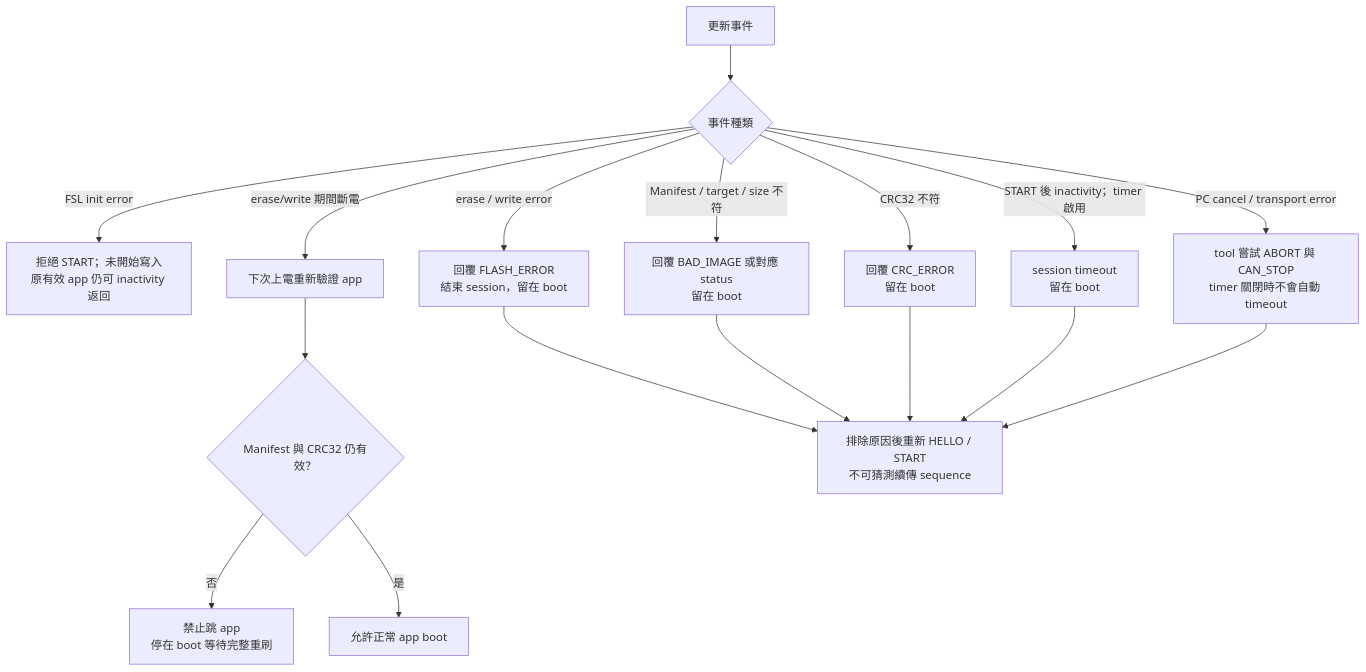
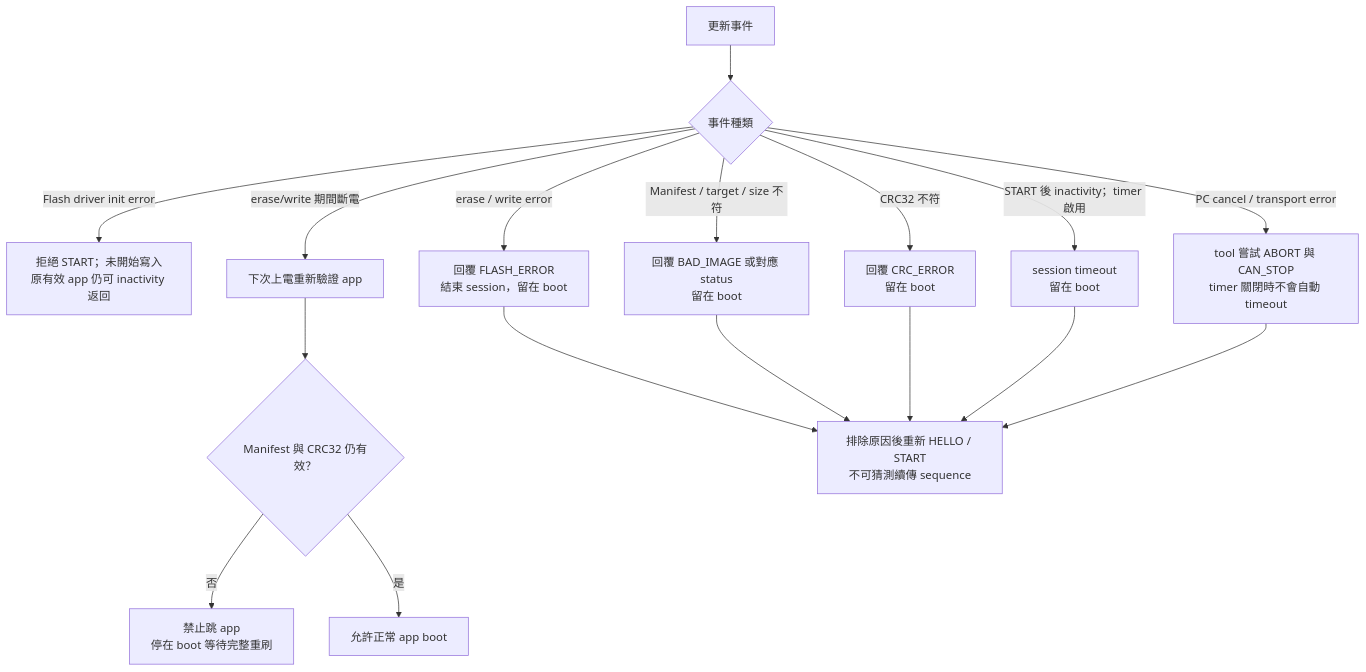
The tenth of 10 diagrams in docs/F13_BOOT_UPDATE_FLOW_zh-TW.md (released/simple_renesas_isp_tool), drawn with Mermaid before and after one commit. The commit also changed other lines of this file and 41 other files, not shown here.

````diff
--- a/docs/F13_BOOT_UPDATE_FLOW_zh-TW.md
+++ b/docs/F13_BOOT_UPDATE_FLOW_zh-TW.md
@@ -562,19 +457,19 @@
 ```mermaid
 flowchart TD
     E["更新事件"] --> KIND{"事件種類"}
-    KIND -->|"FSL init error"| INITERR["拒絕 START；未開始寫入<br/>原有效 app 仍可 inactivity 返回"]
+    KIND -->|"Flash driver init error"| INITERR["拒絕 START；未開始寫入<br/>原有效 app 仍可 inactivity 返回"]
     KIND -->|"erase / write error"| FLASHERR["回覆 FLASH_ERROR<br/>結束 session，留在 boot"]
     KIND -->|"Manifest / target / size 不符"| BADIMG["回覆 BAD_IMAGE 或對應 status<br/>留在 boot"]
     KIND -->|"CRC32 不符"| CRCERR["回覆 CRC_ERROR<br/>留在 boot"]
     KIND -->|"START 後 inactivity；timer 啟用"| TIMEOUT["session timeout<br/>留在 boot"]
     KIND -->|"PC cancel / transport error"| ABORT["tool 嘗試 ABORT 與 CAN_STOP<br/>timer 關閉時不會自動 timeout"]
     KIND -->|"erase/write 期間斷電"| POWER["下次上電重新驗證 app"]
     POWER --> APPVALID{"Manifest 與 CRC32 仍有效？"}
     APPVALID -->|"否"| RECOVERY["禁止跳 app<br/>停在 boot 等待完整重刷"]
     APPVALID -->|"是"| RUNAPP["允許正常 app boot"]
     FLASHERR --> NEWSESSION["排除原因後重新 HELLO / START<br/>不可猜測續傳 sequence"]
     BADIMG --> NEWSESSION
     CRCERR --> NEWSESSION
     TIMEOUT --> NEWSESSION
     ABORT --> NEWSESSION
 ```
````
